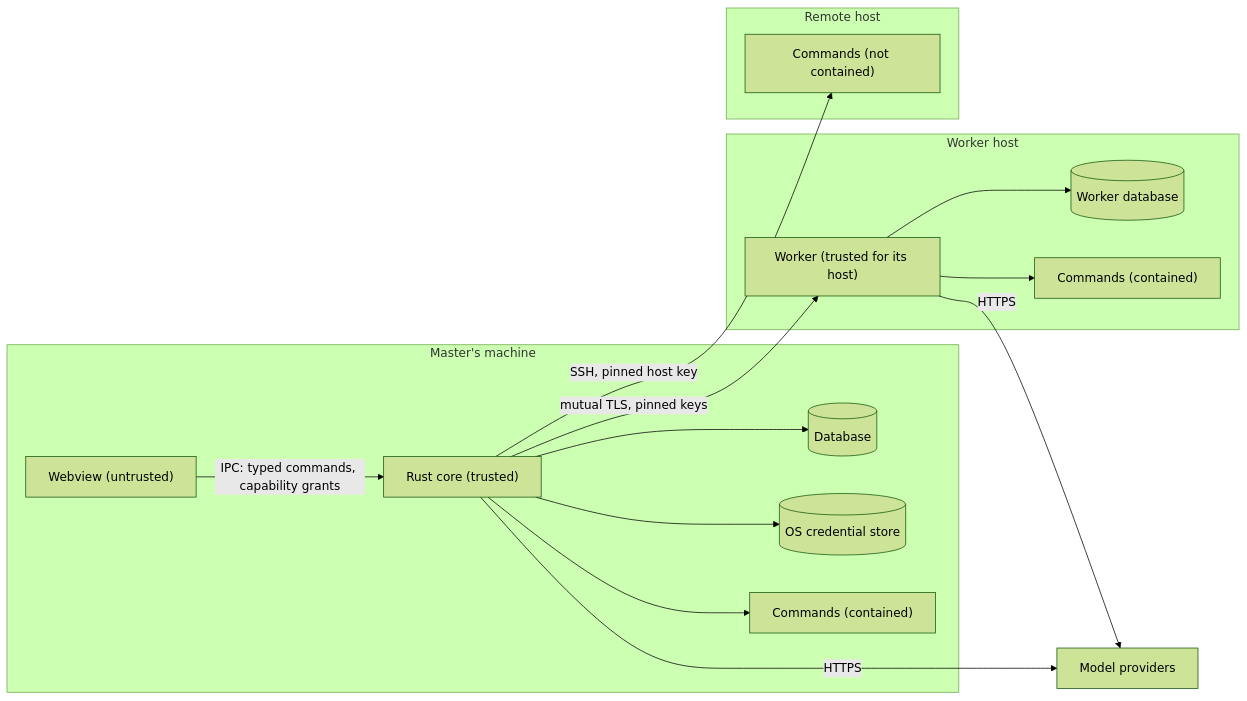
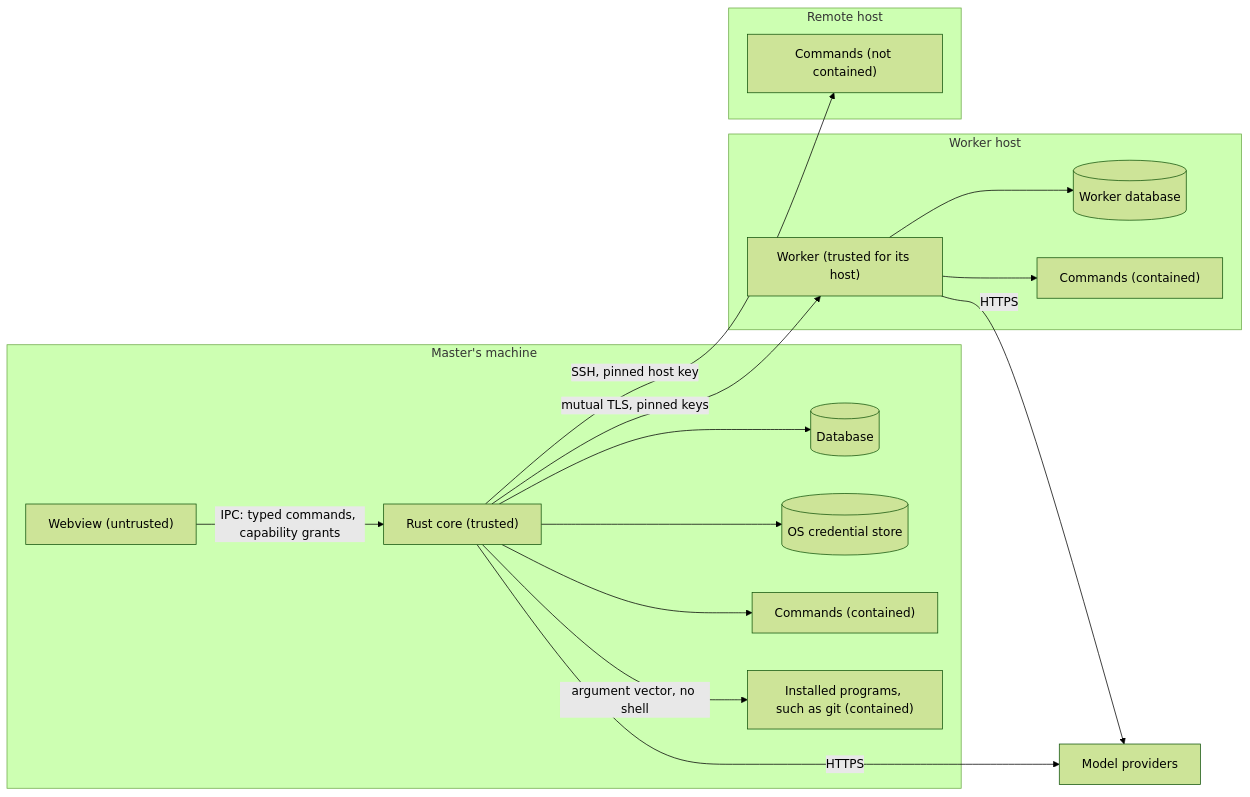
One commit to limbon2/mannie changed the diagram in docs/architecture/security.md. Above: the diagram before and after it, drawn with Mermaid (forest theme). The commit also changed other lines of this file and 20 other files, not shown here.

First line of the commit message:
docs: record ADR-0038, ADR-0039, M9 and the Git plugin across the architecture

````diff
--- a/docs/architecture/security.md
+++ b/docs/architecture/security.md
@@ -51,29 +53,31 @@
 ```mermaid
 flowchart LR
   subgraph MasterMachine["Master's machine"]
     WV["Webview (untrusted)"]
     Core["Rust core (trusted)"]
     Store[("Database")]
     Keys[("OS credential store")]
     Cmd["Commands (contained)"]
+    Prog["Installed programs, such as git (contained)"]
   end
   subgraph Host["Worker host"]
     Wk["Worker (trusted for its host)"]
     WStore[("Worker database")]
     WCmd["Commands (contained)"]
   end
   subgraph Remote["Remote host"]
     RCmd["Commands (not contained)"]
   end
   Prov["Model providers"]
   WV -- "IPC: typed commands, capability grants" --> Core
   Core --> Store
   Core --> Keys
   Core --> Cmd
+  Core -- "argument vector, no shell" --> Prog
   Core -- "mutual TLS, pinned keys" --> Wk
   Core -- "SSH, pinned host key" --> RCmd
   Wk --> WStore
   Wk --> WCmd
   Core -- HTTPS --> Prov
   Wk -- HTTPS --> Prov
 ```
````
